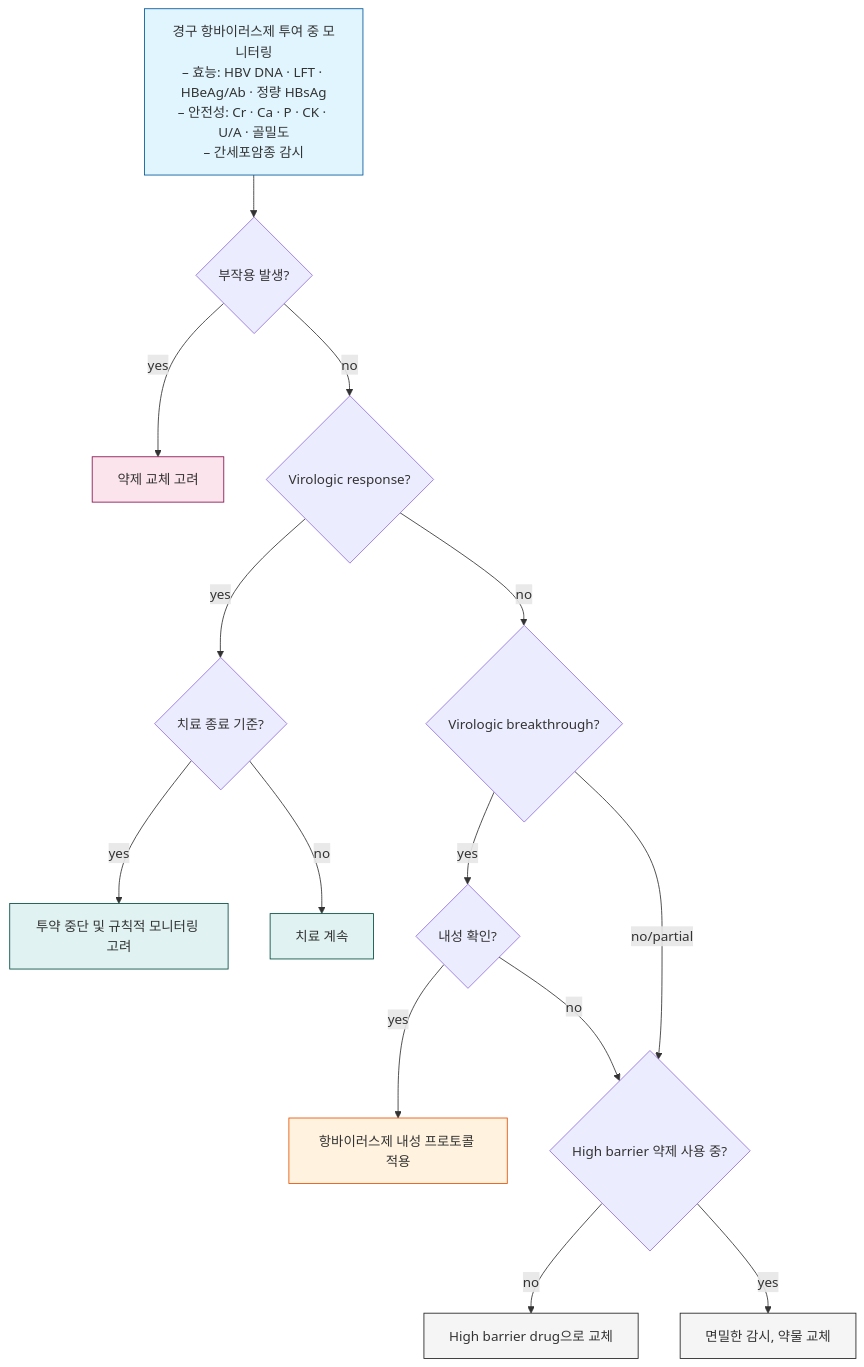
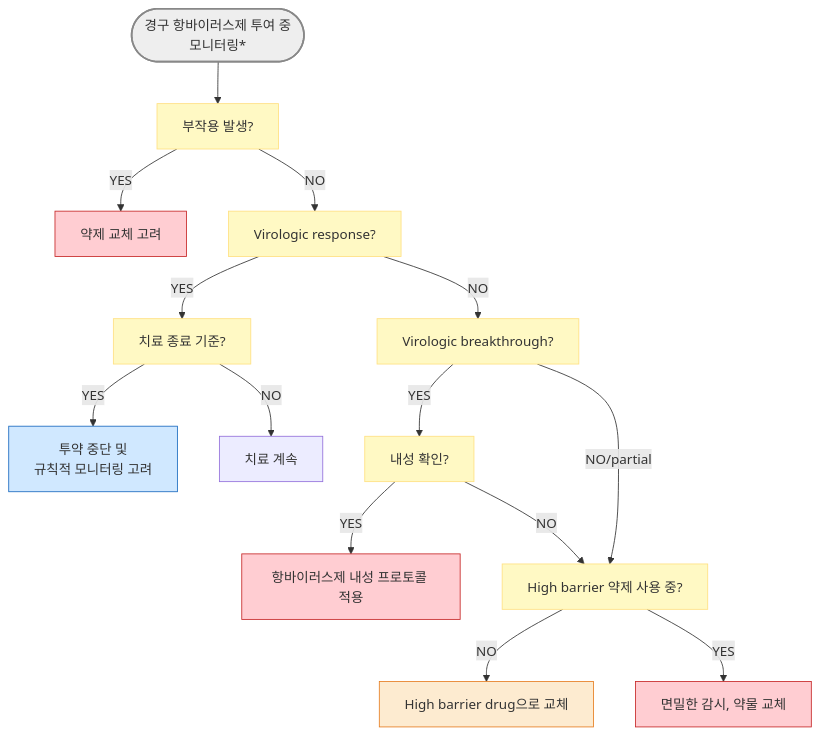
Before and after one commit to familyoh77/familyoh77: the third of 4 diagrams in 224_/091_b-hepatitis-b-viral-infection.md, drawn with Mermaid. The commit also changed other lines of this file, not shown here.

````diff
--- a/224_/091_b-hepatitis-b-viral-infection.md
+++ b/224_/091_b-hepatitis-b-viral-infection.md
@@ -458,38 +402,38 @@
 ```mermaid
 flowchart TD
-    A[경구 항바이러스제 투여 중 모니터링\n– 효능: HBV DNA · LFT · HBeAg/Ab · 정량 HBsAg\n– 안전성: Cr · Ca · P · CK · U/A · 골밀도\n– 간세포암종 감시]
-    B{부작용 발생?}
+    A([경구 항바이러스제 투여 중 <br/>모니터링*])
+    B[부작용 발생?]
     C[약제 교체 고려]
-    D{Virologic response?}
-    E{치료 종료 기준?}
-    F{Virologic breakthrough?}
-    G{내성 확인?}
-    H{High barrier 약제 사용 중?}
-    I[투약 중단 및 규칙적 모니터링 고려]
+    D[Virologic response?]
+    E[치료 종료 기준?]
+    F[Virologic breakthrough?]
+    G[내성 확인?]
+    H[High barrier 약제 사용 중?]
+    I[투약 중단 및 <br/>규칙적 모니터링 고려]
     J[치료 계속]
     K[항바이러스제 내성 프로토콜 적용]
     L[High barrier drug으로 교체]
     M[면밀한 감시, 약물 교체]
-
     A --> B
-    B -- yes --> C
-    B -- no --> D
-    D -- yes --> E
-    E -- yes --> I
-    E -- no --> J
-    D -- no --> F
-    F -- yes --> G
-    G -- yes --> K
-    G -- no --> H
-    F -- no/partial --> H
-    H -- no --> L
-    H -- yes --> M
-
-    style A fill:#e1f5fe,stroke:#01579b
-    style C fill:#fce4ec,stroke:#880e4f
-    style I fill:#e0f2f1,stroke:#004d40
-    style J fill:#e0f2f1,stroke:#004d40
-    style K fill:#fff3e0,stroke:#e65100
-    style L fill:#f5f5f5,stroke:#212121
-    style M fill:#f5f5f5,stroke:#212121
+    B -- YES --> C
+    B -- NO --> D
+    D -- YES --> E
+    E -- YES --> I
+    E -- NO --> J
+    D -- NO --> F
+    F -- YES --> G
+    G -- YES --> K
+    G -- NO --> H
+    F -- NO/partial --> H
+    H -- NO --> L
+    H -- YES --> M
+style A fill:#eeeeee,stroke:#888888,stroke-width:2px
+classDef yellow fill:#fff9c4,stroke:#ffe082
+class B,D,E,F,G,H yellow
+classDef L_red fill:#ffcdd2,stroke:#c62828
+class C,M,K L_red
+classDef orange fill:#fdebd0,stroke:#e67e22
+class L orange
+classDef blue fill:#d0e8ff,stroke:#1a6abf
+class I blue
 ```
````
